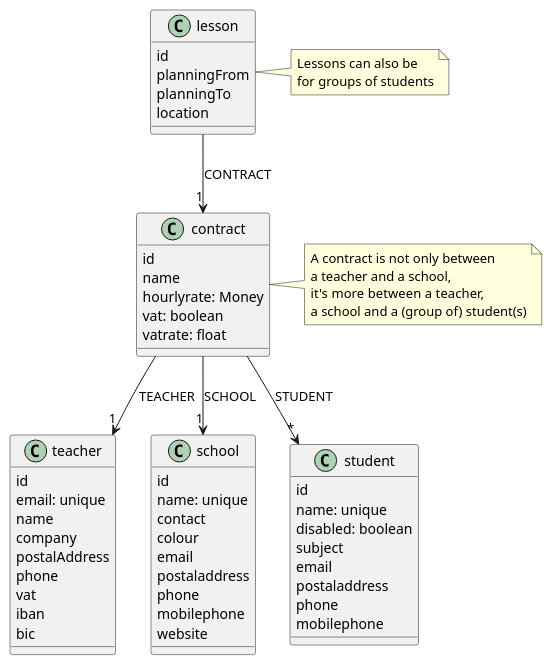
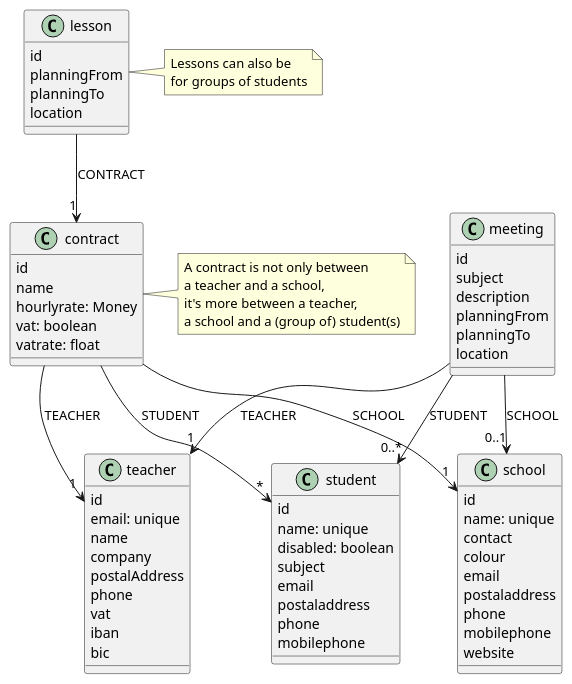
One commit to dcoraboeuf/iteach-1.0.x changed the diagram in docs/model.2.x.puml. Above: the diagram before and after it, drawn with PlantUML.

Commit message:
Model - `meeting`

```diff
--- a/docs/model.2.x.puml
+++ b/docs/model.2.x.puml
@@ -1,71 +1,84 @@
 @startuml
 
 class teacher {
     id
     email: unique
     name
     company
     postalAddress
     phone
     vat
     iban
     bic
 }
 
 class school {
     id
     name: unique
     contact
     colour
     email
     postaladdress
     phone
     mobilephone
     website
 }
 
 class contract {
     id
     name
     hourlyrate: Money
     vat: boolean
     vatrate: float
 }
 
 class student {
     id
     name: unique
     disabled: boolean
     subject
     email
     postaladdress
     phone
     mobilephone
 }
 
 class lesson {
     id
     planningFrom
     planningTo
     location
 }
 
+class meeting {
+    id
+    subject
+    description
+    planningFrom
+    planningTo
+    location
+}
+
 contract --> "1" school: SCHOOL
 contract --> "1" teacher: TEACHER
 contract --> "*" student: STUDENT
 
 lesson --> "1" contract: CONTRACT
+
+meeting --> "1" teacher: TEACHER
+meeting --> "0..1" school: SCHOOL
+meeting --> "0..*" student: STUDENT
 
 note right of lesson
     Lessons can also be
     for groups of students
 end note
 
 note right of contract
     A contract is not only between
     a teacher and a school,
     it's more between a teacher,
     a school and a (group of) student(s)
 end note
 
 @enduml
```
